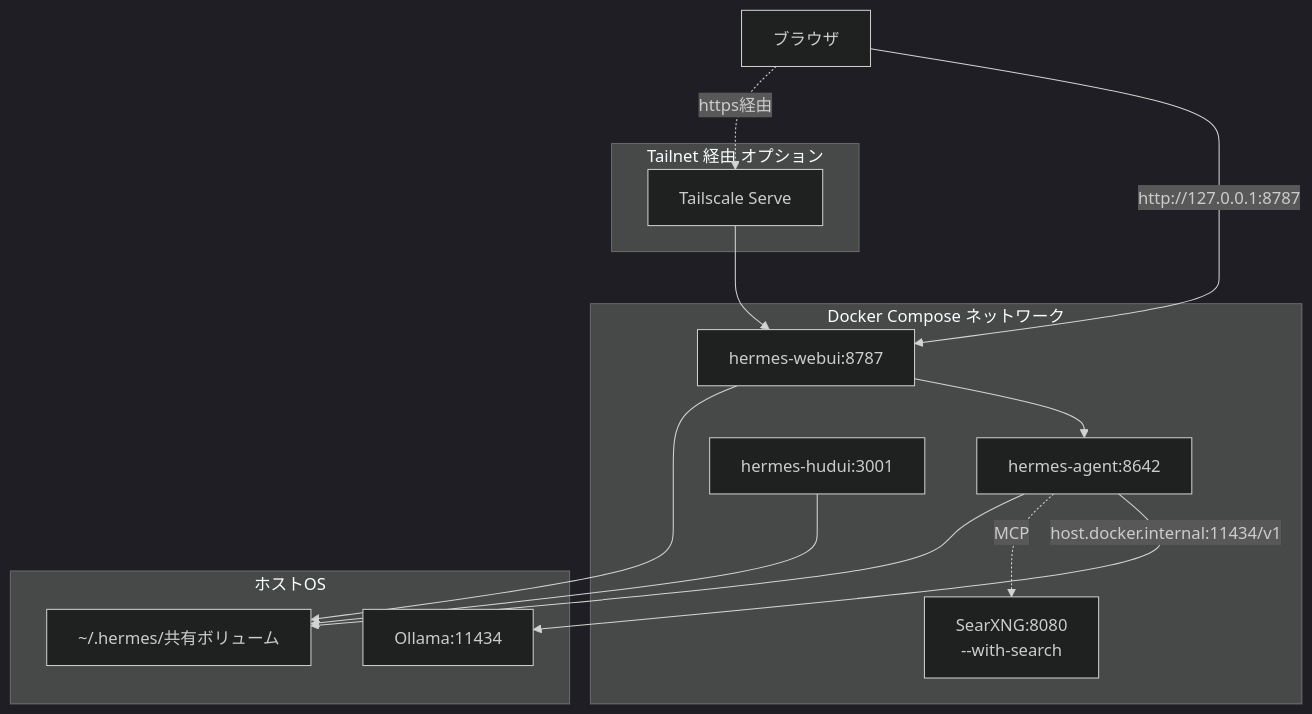
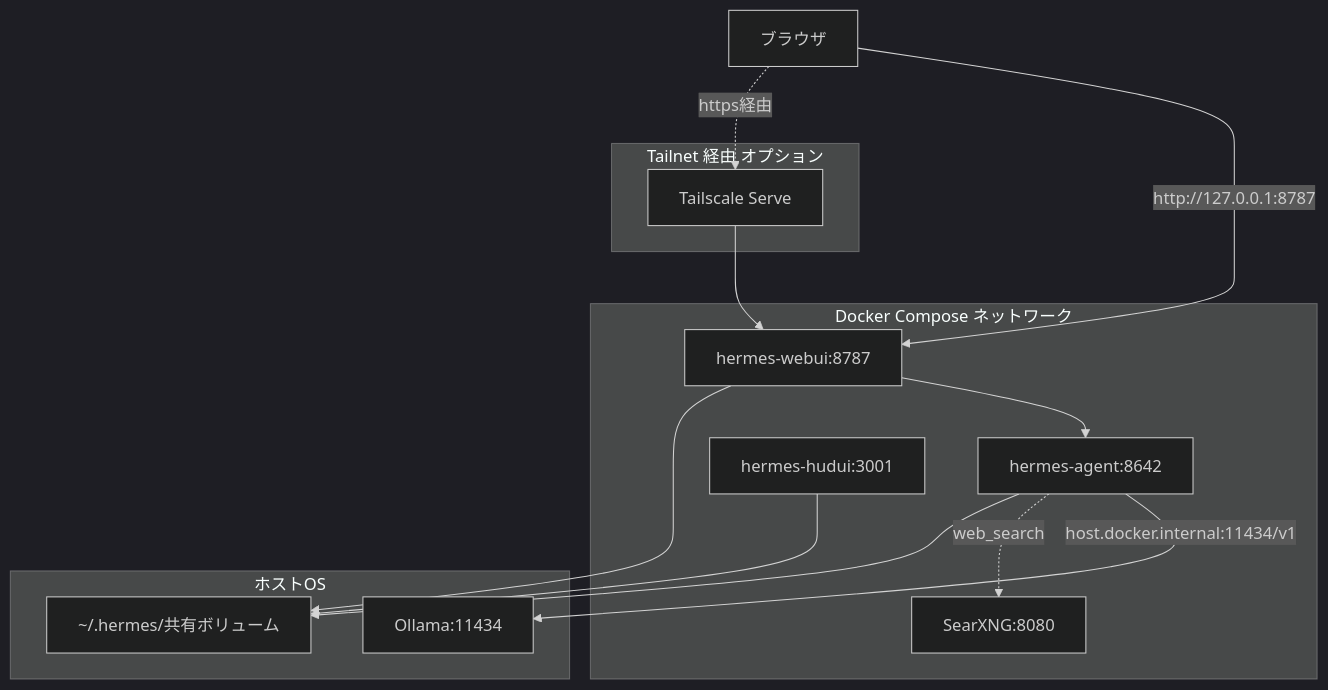
Before and after one commit to zephel01/hermes-docker-ollama-template: the first of 2 diagrams in README.md, drawn with Mermaid (dark theme). The commit also changed other lines of this file and 19 other files, not shown here.

````diff
--- a/README.md
+++ b/README.md
@@ -47,27 +46,27 @@
 ```mermaid
 flowchart TB
     Browser[ブラウザ]
     subgraph Tailscale[Tailnet 経由 オプション]
         TS[Tailscale Serve]
     end
     subgraph Docker[Docker Compose ネットワーク]
         WebUI[hermes-webui:8787]
         Agent[hermes-agent:8642]
         HUD[hermes-hudui:3001]
-        SearXNG[SearXNG:8080<br/>--with-search]
+        SearXNG[SearXNG:8080]
     end
     subgraph Host[ホストOS]
         Ollama[Ollama:11434]
         Hermes[~/.hermes/共有ボリューム]
     end
 
     Browser -->|http://127.0.0.1:8787| WebUI
     Browser -. https経由 .-> TS
     TS --> WebUI
     WebUI --> Agent
     Agent -->|host.docker.internal:11434/v1| Ollama
-    Agent -. MCP .-> SearXNG
+    Agent -. web_search .-> SearXNG
     HUD --> Hermes
     WebUI --> Hermes
     Agent --> Hermes
 ```
````
